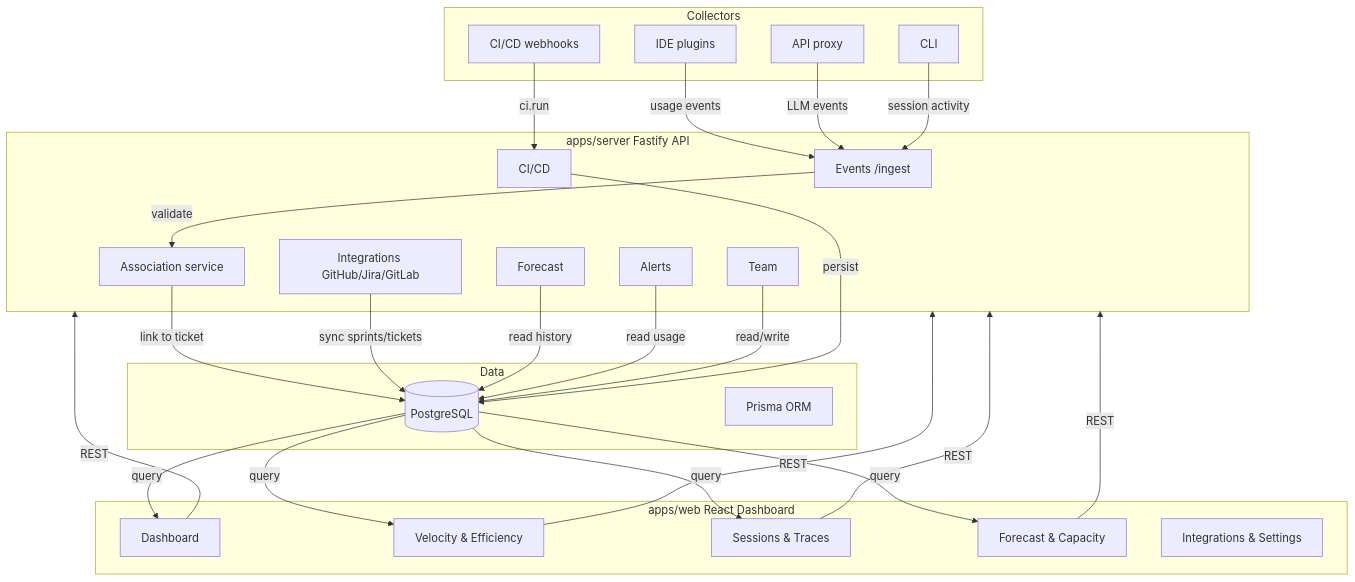
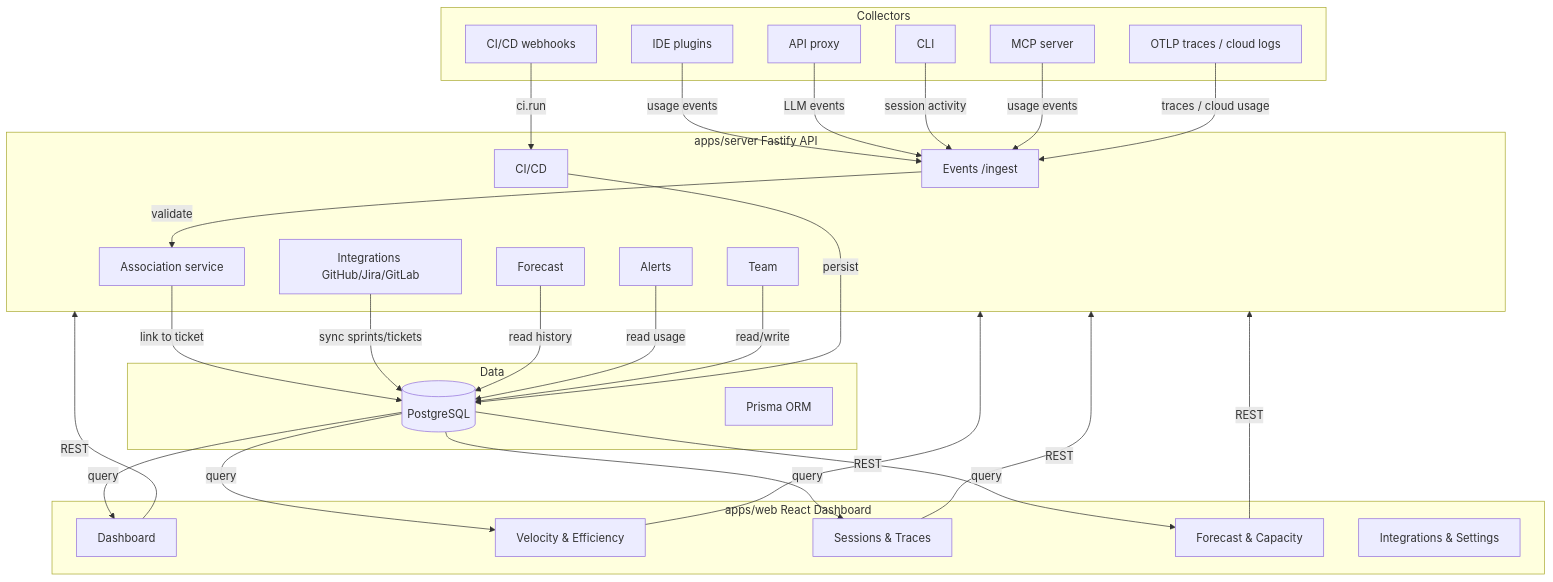
One commit to filipjevtic/burnwise changed the first of 4 diagrams in docs/ARCHITECTURE.md. Above: the diagram before and after it, drawn with Mermaid. The commit also changed other lines of this file and 2 other files, not shown here.

First line of the commit message:
docs: refresh README, CHANGELOG, and architecture for the alpha (#267)

````diff
--- a/docs/ARCHITECTURE.md
+++ b/docs/ARCHITECTURE.md
@@ -11,52 +11,56 @@
 ```mermaid
 flowchart TB
     subgraph Collectors["Collectors"]
         A[IDE plugins]
         B[API proxy]
         C[CLI]
         D[CI/CD webhooks]
+        Z[MCP server]
+        Y[OTLP traces / cloud logs]
     end
 
     subgraph Server["apps/server Fastify API"]
         E[Events /ingest]
         F[Association service]
         G[Integrations GitHub/Jira/GitLab]
         H[Forecast]
         I[Alerts]
         J[Team]
         K[CI/CD]
     end
 
     subgraph Frontend["apps/web React Dashboard"]
         L[Dashboard]
         M[Velocity & Efficiency]
         N[Sessions & Traces]
         O[Forecast & Capacity]
         P2[Integrations & Settings]
     end
 
     subgraph Data["Data"]
         P[(PostgreSQL)]
         Q[Prisma ORM]
     end
 
     A -->|usage events| E
     B -->|LLM events| E
     C -->|session activity| E
     D -->|ci.run| K
+    Z -->|usage events| E
+    Y -->|traces / cloud usage| E
     E -->|validate| F
     F -->|link to ticket| P
     G -->|sync sprints/tickets| P
     H -->|read history| P
     I -->|read usage| P
     J -->|read/write| P
     K -->|persist| P
     P -->|query| L
     P -->|query| M
     P -->|query| N
     P -->|query| O
     L -->|REST| Server
     M -->|REST| Server
     N -->|REST| Server
     O -->|REST| Server
 ```
````
